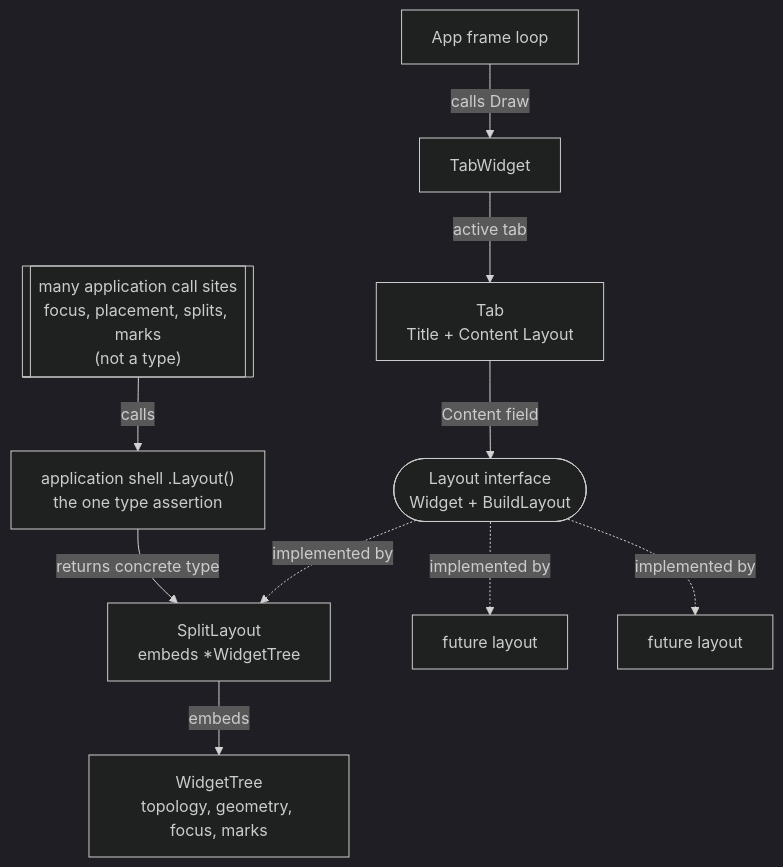
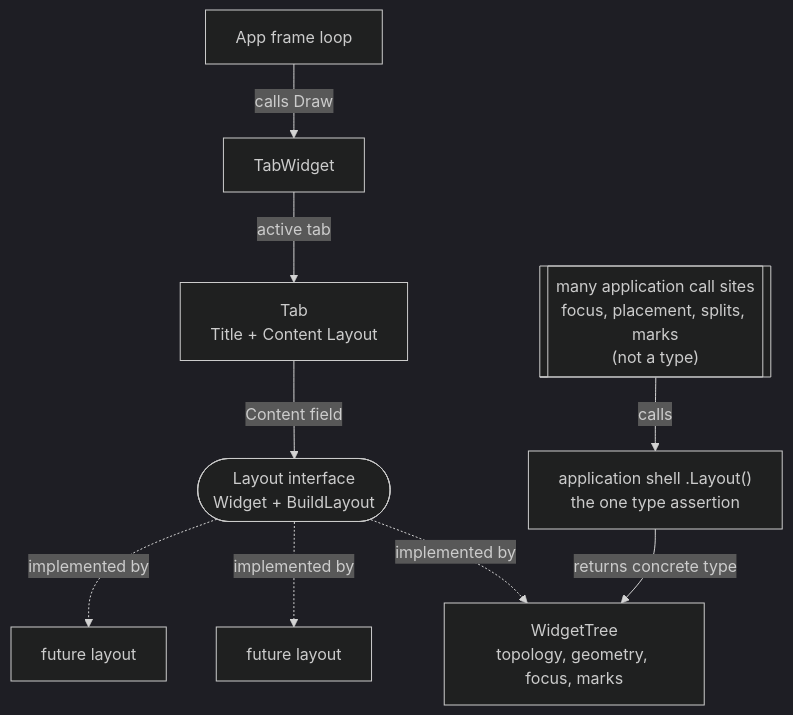
One commit to yairgd/termforge changed the diagram in docs/diagrams/tab_layout.mermaid. Above: the diagram before and after it, drawn with Mermaid (dark theme). The commit also changed 18 other files, not shown here.

First line of the commit message:
refactor!: split Widget, drop the SplitLayout wrapper

```diff
--- a/docs/diagrams/tab_layout.mermaid
+++ b/docs/diagrams/tab_layout.mermaid
@@ -1,25 +1,23 @@
-%% Tab is a generic Layout container: two separate routes to SplitLayout.
-%% Solid arrows are runtime use (call / field / embed); dotted arrows are
+%% Tab is a generic Layout container: two separate routes to the split tree.
+%% Solid arrows are runtime use (call / field); dotted arrows are
 %% the implements relationship. Stadium node = interface, double-barred
 %% node = a set of call sites rather than a type.
 flowchart TD
     App["App frame loop"]
     TabW["TabWidget"]
     Tab["Tab<br/>Title + Content Layout"]
     Iface(["Layout interface<br/>Widget + BuildLayout"])
-    SL["SplitLayout<br/>embeds *WidgetTree"]
     WT["WidgetTree<br/>topology, geometry, focus, marks"]
     FutureA["future layout"]
     FutureB["future layout"]
     Shell["application shell .Layout()<br/>the one type assertion"]
     AppCode[["many application call sites<br/>focus, placement, splits, marks<br/>(not a type)"]]
 
     App -->|"calls Draw"| TabW
     TabW -->|"active tab"| Tab
     Tab -->|"Content field"| Iface
-    Iface -.->|"implemented by"| SL
+    Iface -.->|"implemented by"| WT
     Iface -.->|"implemented by"| FutureA
     Iface -.->|"implemented by"| FutureB
-    SL -->|"embeds"| WT
     AppCode -->|"calls"| Shell
-    Shell -->|"returns concrete type"| SL
+    Shell -->|"returns concrete type"| WT
```
